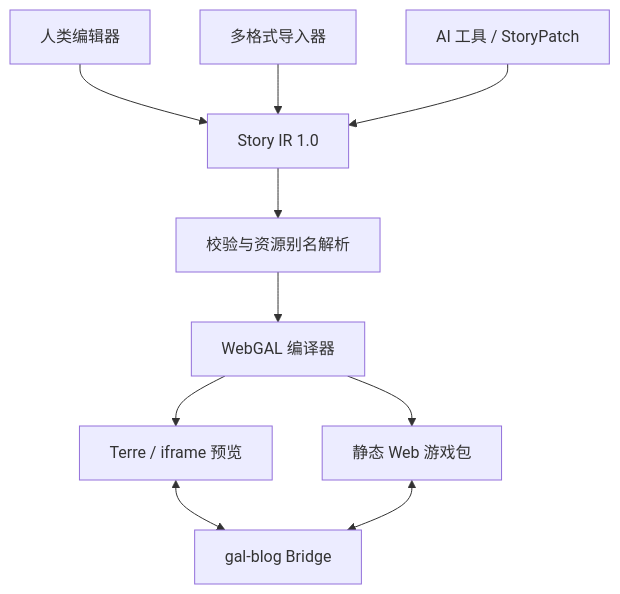
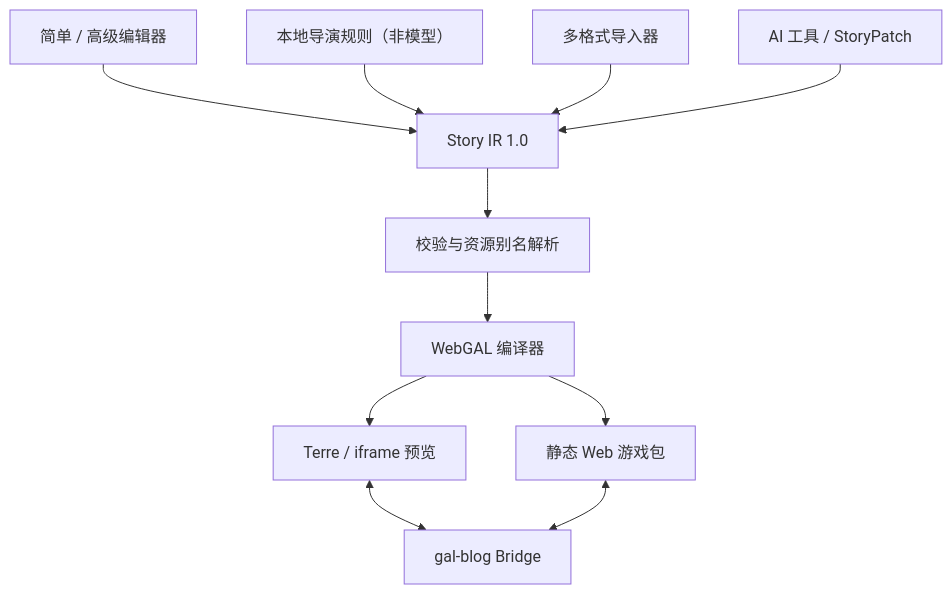
Before and after one commit to asashiki/oblivion-haven: the diagram in gal-blog-game-studio/docs/ARCHITECTURE.md, drawn with Mermaid. The commit also changed other lines of this file and 50 other files, not shown here.

````diff
--- a/gal-blog-game-studio/docs/ARCHITECTURE.md
+++ b/gal-blog-game-studio/docs/ARCHITECTURE.md
@@ -7,12 +7,13 @@
 ```mermaid
 flowchart TD
-  Human["人类编辑器"] --> IR["Story IR 1.0"]
+  Human["简单 / 高级编辑器"] --> IR["Story IR 1.0"]
+  Director["本地导演规则（非模型）"] --> IR
   Import["多格式导入器"] --> IR
   AI["AI 工具 / StoryPatch"] --> IR
   IR --> Validate["校验与资源别名解析"]
   Validate --> Compiler["WebGAL 编译器"]
   Compiler --> Preview["Terre / iframe 预览"]
   Compiler --> Export["静态 Web 游戏包"]
   Preview <--> Bridge["gal-blog Bridge"]
   Export <--> Bridge
 ```
````
